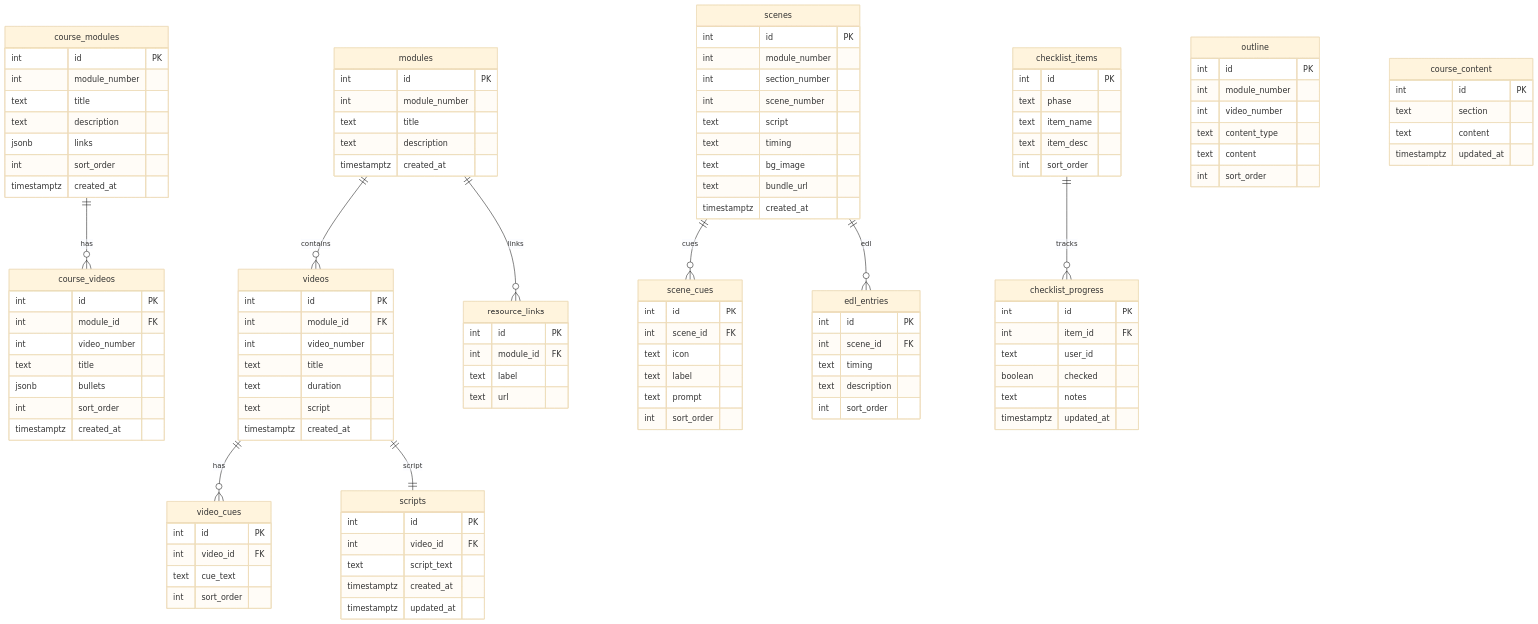
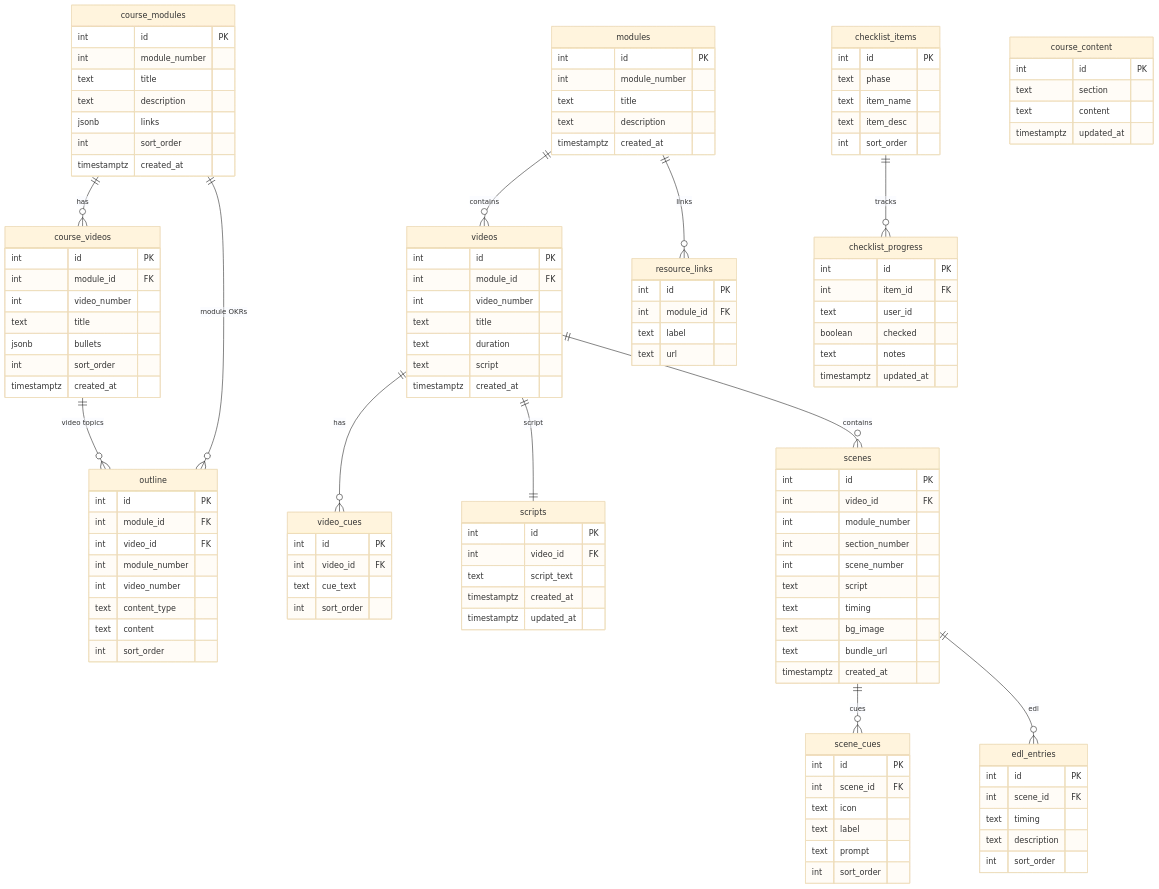
The diagram in 2_Environment/11_database.md (rifaterdemsahin/claude-architect-certification), drawn with Mermaid (base theme) before and after one commit. The commit also changed other lines of this file and 3 other files, not shown here.

First line of the commit message:
refactor(db): wire outline→course_modules/videos and scenes→videos FK relationships

```diff
--- a/2_Environment/11_database.md
+++ b/2_Environment/11_database.md
@@ -54,7 +54,19 @@
         int sort_order
         timestamptz created_at
     }
+    outline {
+        int id PK
+        int module_id FK
+        int video_id FK
+        int module_number
+        int video_number
+        text content_type
+        text content
+        int sort_order
+    }
     course_modules ||--o{ course_videos : "has"
+    course_modules ||--o{ outline : "module OKRs"
+    course_videos ||--o{ outline : "video topics"
 
     %% ── Production Pipeline ────────────────────────────────────────────
     modules {
@@ -96,10 +108,12 @@
     modules ||--o{ resource_links : "links"
     videos ||--o{ video_cues : "has"
     videos ||--|| scripts : "script"
+    videos ||--o{ scenes : "contains"
 
     %% ── Scenes & Post-Production ───────────────────────────────────────
     scenes {
         int id PK
+        int video_id FK
         int module_number
         int section_number
         int scene_number
@@ -146,14 +160,6 @@
     checklist_items ||--o{ checklist_progress : "tracks"
 
     %% ── Misc ───────────────────────────────────────────────────────────
-    outline {
-        int id PK
-        int module_number
-        int video_number
-        text content_type
-        text content
-        int sort_order
-    }
     course_content {
         int id PK
         text section
```
